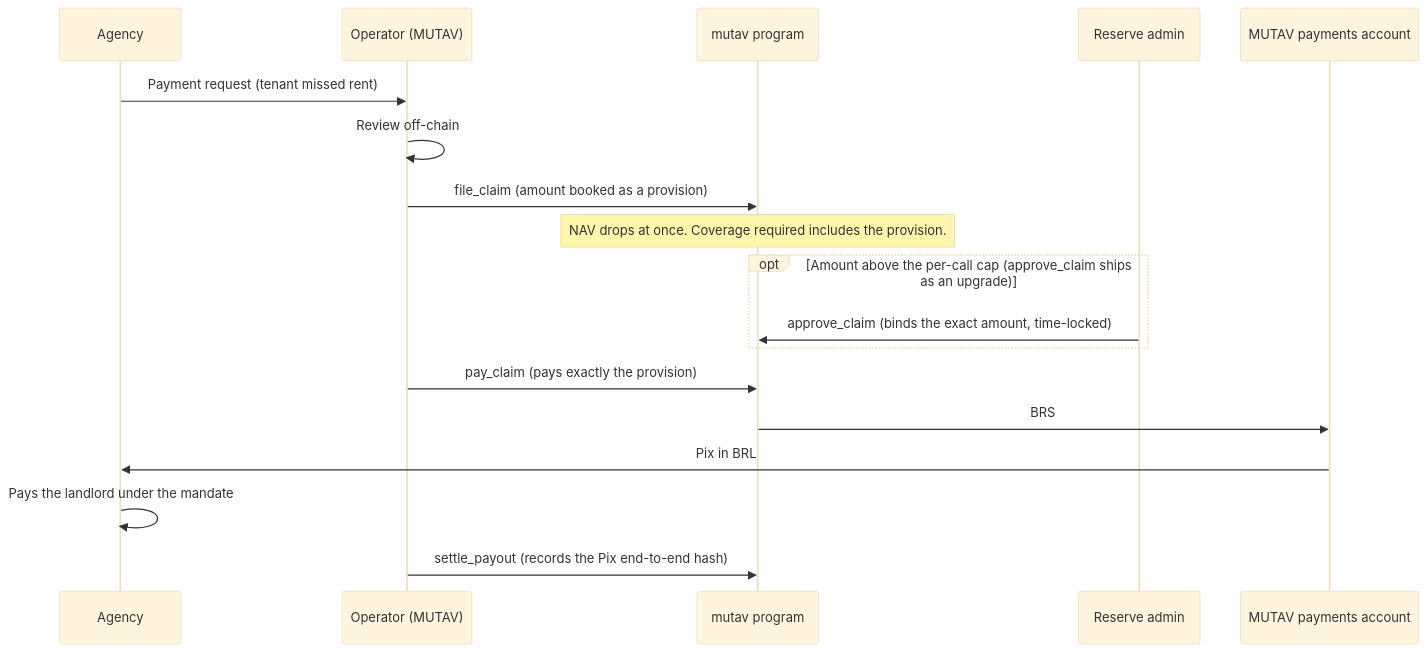
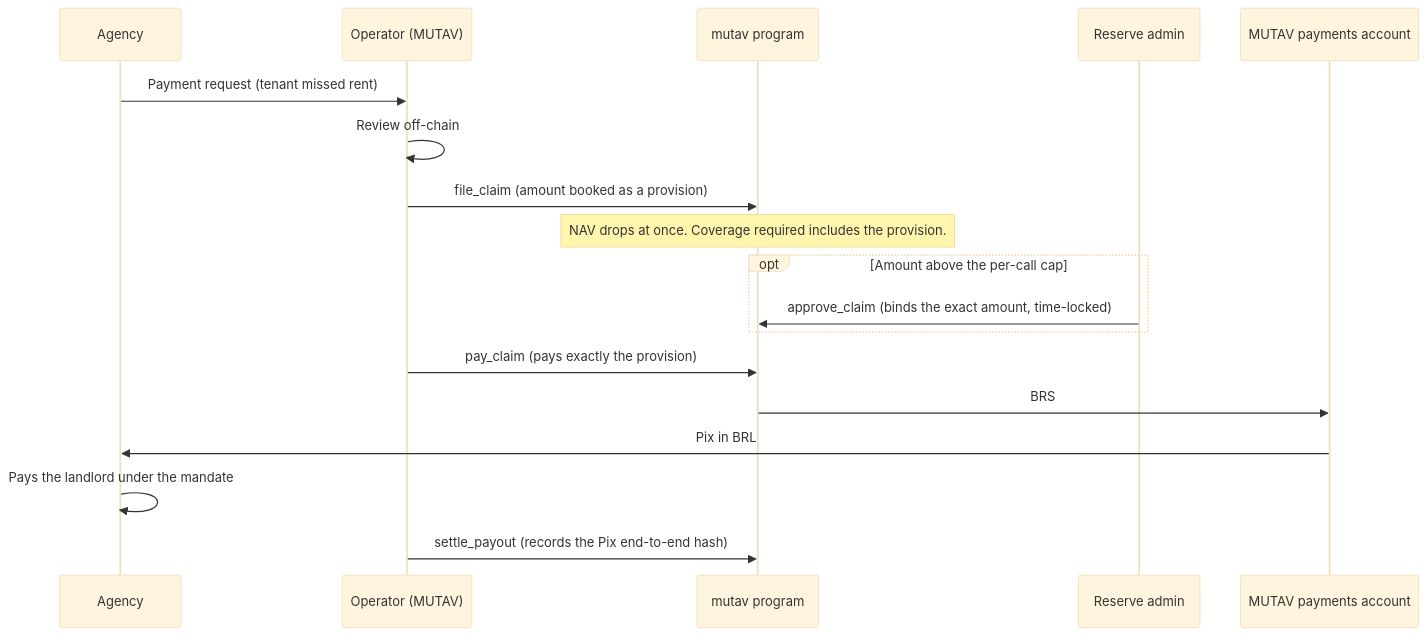
Before and after one commit to mutav-finance/mutav-protocol-solana: the second of 3 diagrams in docs/introduction/how-it-works.md, drawn with Mermaid (base theme). The commit also changed other lines of this file and 31 other files, not shown here.

First line of the commit message:
docs: admin cancel parks (ADR 0030); approve_claim is live

````diff
--- a/docs/introduction/how-it-works.md
+++ b/docs/introduction/how-it-works.md
@@ -96,20 +96,20 @@
 ```mermaid
 sequenceDiagram
   participant Ag as Agency
   participant Op as Operator (MUTAV)
   participant Pr as mutav program
   participant Ad as Reserve admin
   participant Pa as MUTAV payments account
   Ag->>Op: Payment request (tenant missed rent)
   Op->>Op: Review off-chain
   Op->>Pr: file_claim (amount booked as a provision)
   Note over Pr: NAV drops at once. Coverage required includes the provision.
-  opt Amount above the per-call cap (approve_claim ships as an upgrade)
+  opt Amount above the per-call cap
     Ad->>Pr: approve_claim (binds the exact amount, time-locked)
   end
   Op->>Pr: pay_claim (pays exactly the provision)
   Pr->>Pa: BRS
   Pa->>Ag: Pix in BRL
   Ag->>Ag: Pays the landlord under the mandate
   Op->>Pr: settle_payout (records the Pix end-to-end hash)
 ```
````
